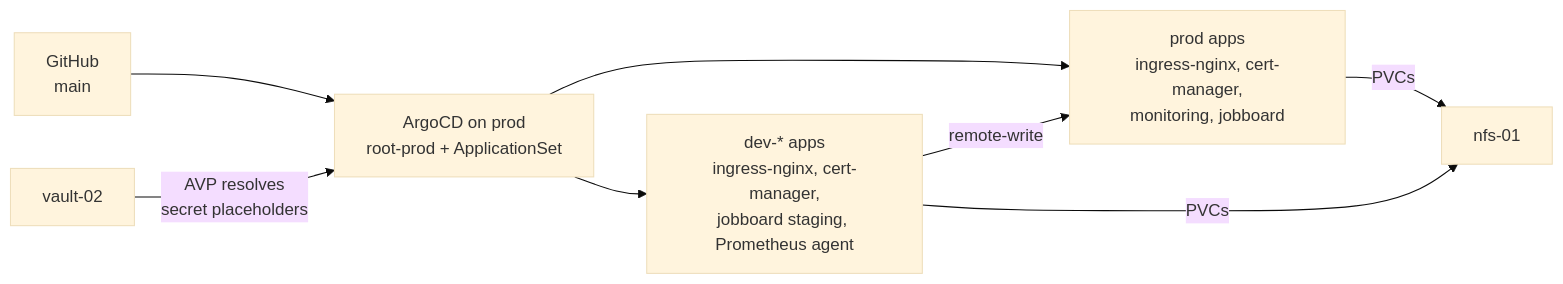
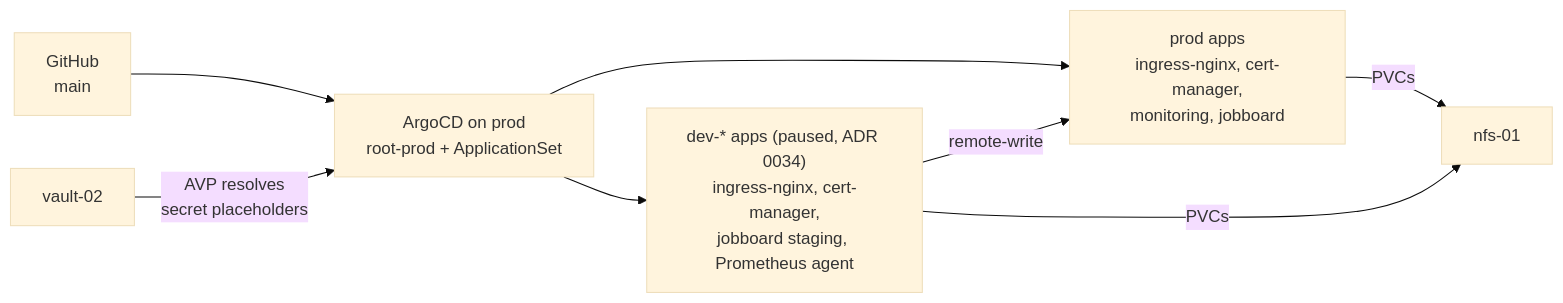
The second of 3 diagrams in README.md (maxim-grin/homelab), drawn with Mermaid (base theme) before and after one commit. The commit also changed other lines of this file and 2 other files, not shown here.

Commit message:
docs: gate dev pause and resume steps

````diff
--- a/README.md
+++ b/README.md
@@ -40,10 +44,10 @@
 ```mermaid
 flowchart LR
     github["GitHub<br/>main"] --> argocd["ArgoCD on prod<br/>root-prod + ApplicationSet"]
     vault["vault-02"] -- "AVP resolves<br/>secret placeholders" --> argocd
     argocd --> prodapps["prod apps<br/>ingress-nginx, cert-manager,<br/>monitoring, jobboard"]
-    argocd --> devapps["dev-* apps<br/>ingress-nginx, cert-manager,<br/>jobboard staging, Prometheus agent"]
+    argocd --> devapps["dev-* apps (paused, ADR 0034)<br/>ingress-nginx, cert-manager,<br/>jobboard staging, Prometheus agent"]
     prodapps -- "PVCs" --> nfs["nfs-01"]
     devapps -- "PVCs" --> nfs
     devapps -- "remote-write" --> prodapps
 ```
````
